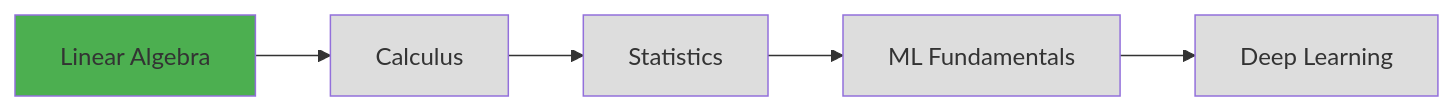
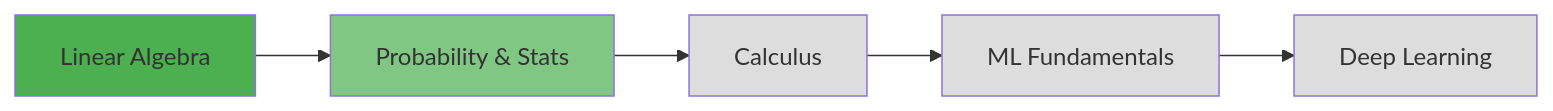
One commit to rkuma18/Daily_ML changed the diagram in README.md. Above: the diagram before and after it, drawn with Mermaid. The commit also changed other lines of this file and 2 other files, not shown here.

````diff
--- a/README.md
+++ b/README.md
@@ -133,13 +139,13 @@
 ```mermaid
 graph LR
-    A[Linear Algebra] --> B[Calculus]
-    B --> C[Statistics]
+    A[Linear Algebra] --> B[Probability & Stats]
+    B --> C[Calculus]
     C --> D[ML Fundamentals]
     D --> E[Deep Learning]
 
     style A fill:#4CAF50
-    style B fill:#ddd
+    style B fill:#81C784
     style C fill:#ddd
     style D fill:#ddd
     style E fill:#ddd
 ```
````
